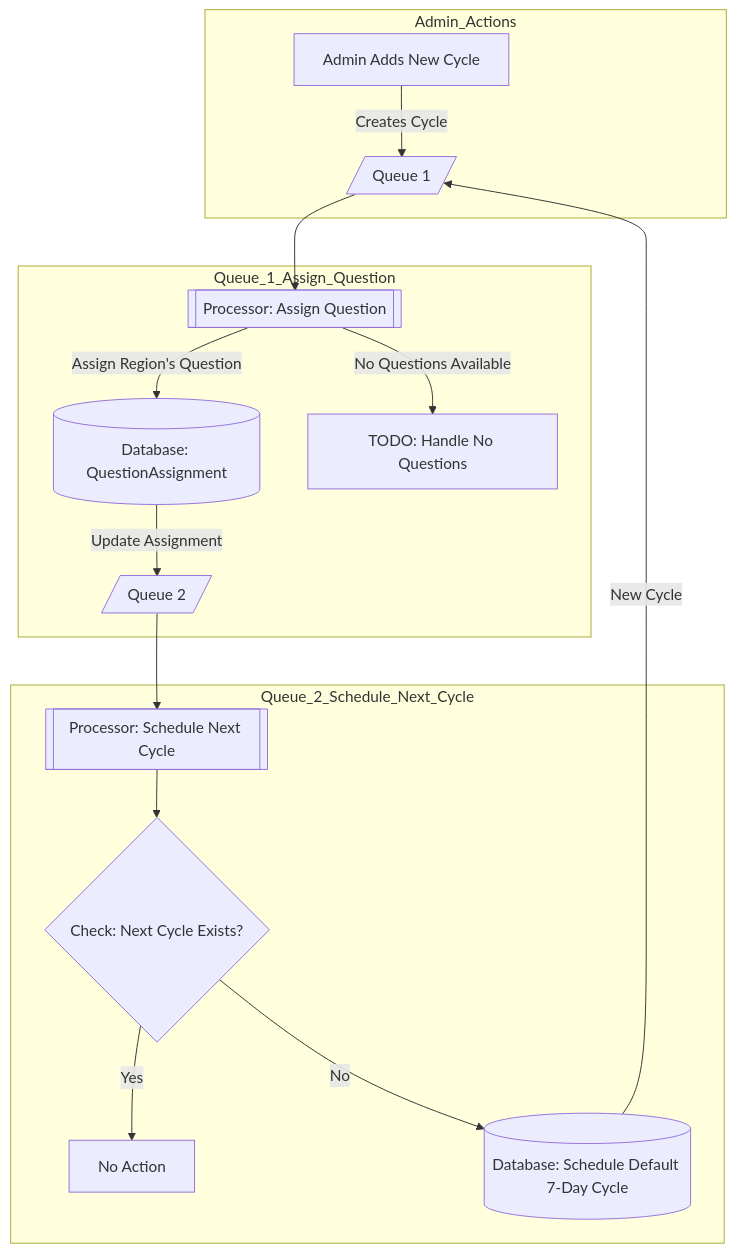
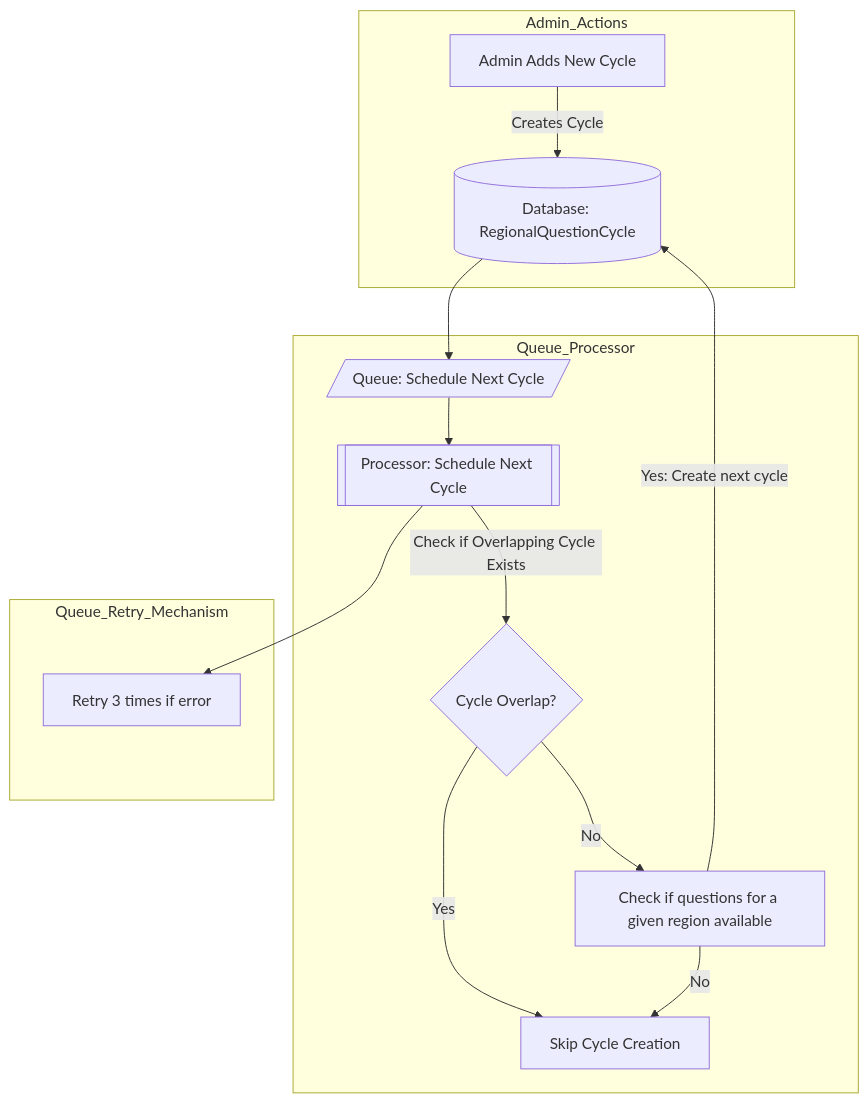
One commit to Gambitier/quiz-flow changed the diagram in README.md. Above: the diagram before and after it, drawn with Mermaid.

````diff
--- a/README.md
+++ b/README.md
@@ -40,21 +40,20 @@
 ```mermaid
 flowchart TD
-    subgraph Admin_Actions
-        A[Admin Adds New Cycle] -->|Creates Cycle| B[/Queue 1/]
-    end
+  subgraph Admin_Actions
+    A[Admin Adds New Cycle] -->|Creates Cycle| B[(Database: RegionalQuestionCycle)]
+  end
+  
+  subgraph Queue_Processor
+    B --> C[/Queue: Schedule Next Cycle/]
+    C --> D[[Processor: Schedule Next Cycle]]
+    D -->|Check if Overlapping Cycle Exists| E{Cycle Overlap?}
+    E -->|Yes| F[Skip Cycle Creation]
+    E -->|No| G[Check if questions for a given region available]
+    G -->|No| F[Skip Cycle Creation]
+    G -->|Yes: Create next cycle| B
+  end
 
-    subgraph Queue_1_Assign_Question
-        B --> C[[Processor: Assign Question]]
-        C -->|Assign Region's Question| D[(Database: QuestionAssignment)]
-        D -->|Update Assignment| E[/Queue 2/]
-        C -->|No Questions Available| F[TODO: Handle No Questions]
-    end
-
-    subgraph Queue_2_Schedule_Next_Cycle
-        E --> G[[Processor: Schedule Next Cycle]]
-        G --> H{Check: Next Cycle Exists?}
-        H -->|Yes| I[No Action]
-        H -->|No| J[(Database: Schedule Default 7-Day Cycle)]
-        J -->|New Cycle| B
-    end
+  subgraph Queue_Retry_Mechanism
+    D --> H[Retry 3 times if error]
+  end
 ```
````
